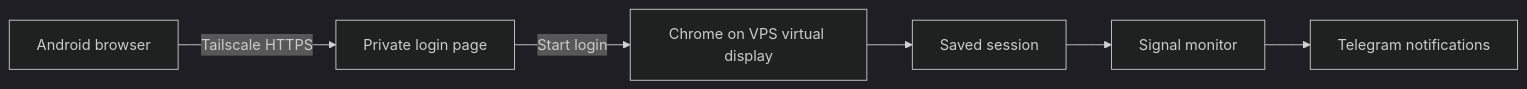
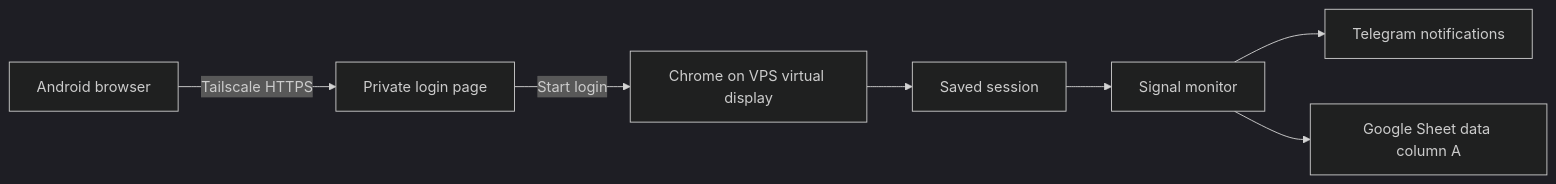
The diagram in SETUP.md (anurag-roy/tradingview-scraper), drawn with Mermaid (dark theme) before and after one commit. The commit also changed other lines of this file and 7 other files, not shown here.

````diff
--- a/SETUP.md
+++ b/SETUP.md
@@ -13,8 +13,9 @@
 ```mermaid
 flowchart LR
     Phone[Android browser] -->|Tailscale HTTPS| Page[Private login page]
     Page -->|Start login| Chrome[Chrome on VPS virtual display]
     Chrome --> Cookies[Saved session]
     Cookies --> Monitor[Signal monitor]
     Monitor --> Telegram[Telegram notifications]
+    Monitor --> Sheets[Google Sheet data column A]
 ```
````
